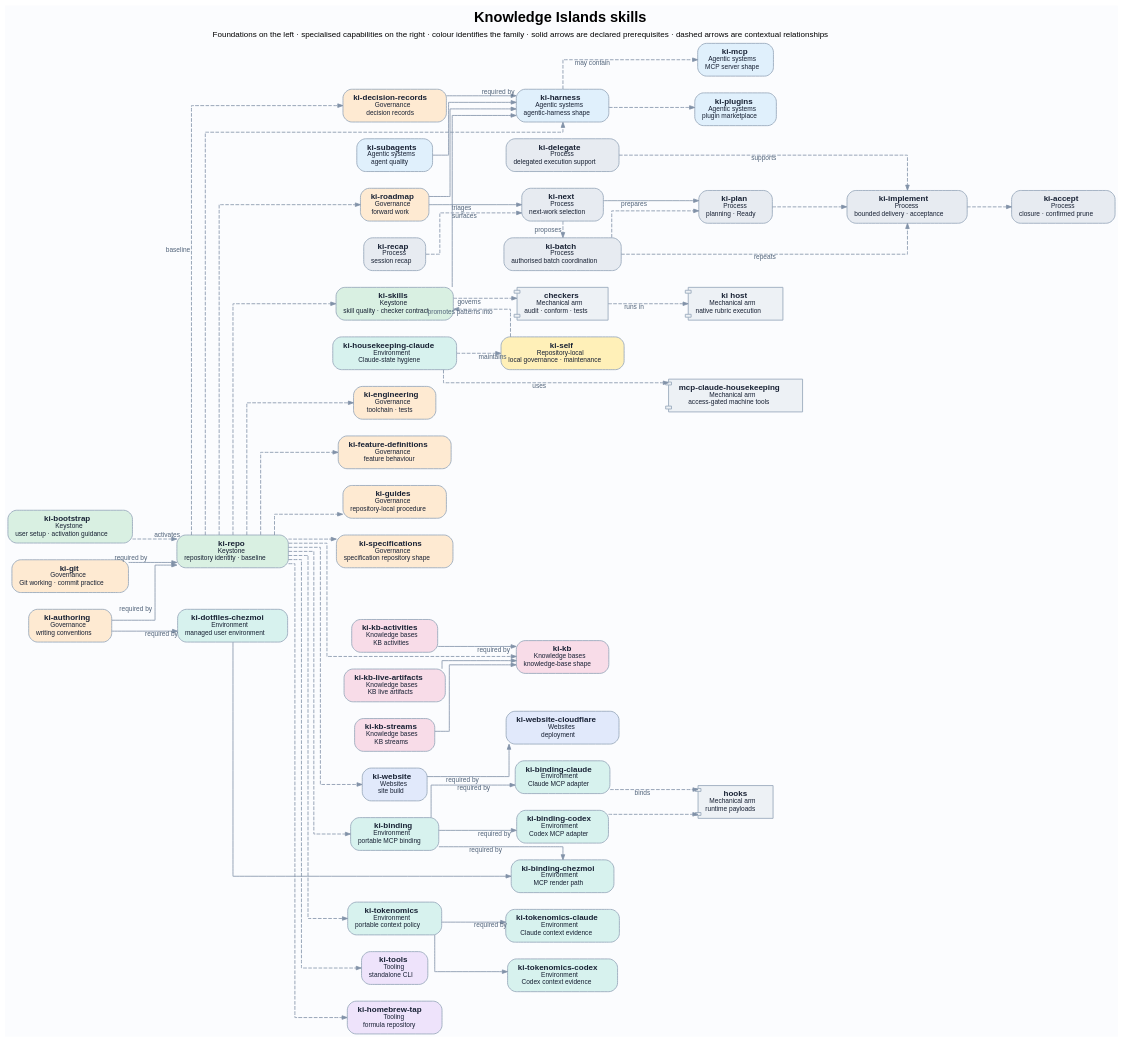
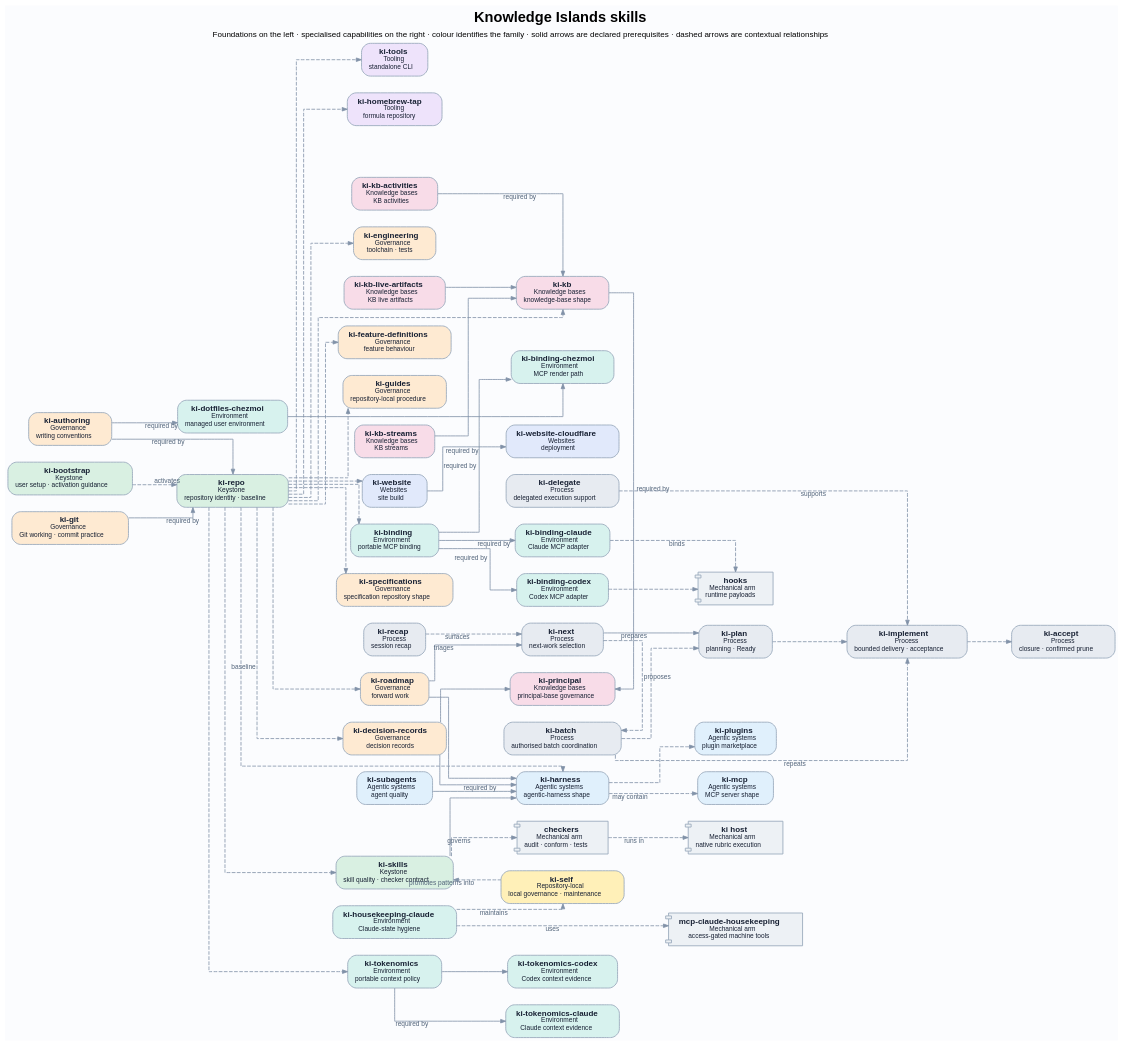
Before and after one commit to knowledgeislands/arcadia-skills: the diagram in docs/diagrams/skills-map.dot, drawn with Graphviz. The commit also changed 10 other files, not shown here.

Commit message:
feat(knowledge): add principal base governance skill

```diff
--- a/docs/diagrams/skills-map.dot
+++ b/docs/diagrams/skills-map.dot
@@ -1,168 +1,171 @@
 // Canonical source for the harness skills map. DOT is authoritative; regenerate
 // skills-map.svg with: dot -Tsvg skills-map.dot -o skills-map.svg
 //
 // Flow is deliberately general-to-specialised, left-to-right. Colour and the
 // second line of each node identify the skill family; clusters would add a
 // competing spatial hierarchy and obscure the dependency flow.
 digraph skills_map {
   graph [
     bgcolor="#fbfcfe"
     fontname="Helvetica"
     fontsize=20
     label=<
       <b>Knowledge Islands skills</b><br/>
       <font point-size="11">Foundations on the left · specialised capabilities on the right · colour identifies the family · solid arrows are declared prerequisites · dashed arrows are contextual relationships</font>
     >
     labelloc=t
     margin=0.25
     nodesep=0.32
     rankdir=LR
     ranksep=0.85
     splines=ortho
   ]
 
   node [
     color="#9aaabd"
     fontcolor="#172033"
     fontname="Helvetica"
     fontsize=11
     margin="0.14,0.1"
     penwidth=1.2
     shape=box
     style="rounded,filled"
   ]
 
   edge [
     arrowsize=0.7
     color="#8192a8"
     fontcolor="#52647a"
     fontname="Helvetica"
     fontsize=9
     penwidth=1.1
   ]
 
   // Foundation and repository roots.
   bootstrap [fillcolor="#d9f0e2", label=< <b>ki-bootstrap</b><br/><font point-size="9">Keystone</font><br/><font point-size="9">user setup · activation guidance</font> >]
   repo [fillcolor="#d9f0e2", label=< <b>ki-repo</b><br/><font point-size="9">Keystone</font><br/><font point-size="9">repository identity · baseline</font> >]
 
   // General standards and shared shapes.
   authoring [fillcolor="#feead2", label=< <b>ki-authoring</b><br/><font point-size="9">Governance</font><br/><font point-size="9">writing conventions</font> >]
   decisions [fillcolor="#feead2", label=< <b>ki-decision-records</b><br/><font point-size="9">Governance</font><br/><font point-size="9">decision records</font> >]
   engineering [fillcolor="#feead2", label=< <b>ki-engineering</b><br/><font point-size="9">Governance</font><br/><font point-size="9">toolchain · tests</font> >]
   features [fillcolor="#feead2", label=< <b>ki-feature-definitions</b><br/><font point-size="9">Governance</font><br/><font point-size="9">feature behaviour</font> >]
   git [fillcolor="#feead2", label=< <b>ki-git</b><br/><font point-size="9">Governance</font><br/><font point-size="9">Git working · commit practice</font> >]
   guides [fillcolor="#feead2", label=< <b>ki-guides</b><br/><font point-size="9">Governance</font><br/><font point-size="9">repository-local procedure</font> >]
   roadmap [fillcolor="#feead2", label=< <b>ki-roadmap</b><br/><font point-size="9">Governance</font><br/><font point-size="9">forward work</font> >]
   specifications [fillcolor="#feead2", label=< <b>ki-specifications</b><br/><font point-size="9">Governance</font><br/><font point-size="9">specification repository shape</font> >]
   skills [fillcolor="#d9f0e2", label=< <b>ki-skills</b><br/><font point-size="9">Keystone</font><br/><font point-size="9">skill quality · checker contract</font> >]
   harness [fillcolor="#e0f0fc", label=< <b>ki-harness</b><br/><font point-size="9">Agentic systems</font><br/><font point-size="9">agentic-harness shape</font> >]
   kb [fillcolor="#f8dce8", label=< <b>ki-kb</b><br/><font point-size="9">Knowledge bases</font><br/><font point-size="9">knowledge-base shape</font> >]
+  principal [fillcolor="#f8dce8", label=< <b>ki-principal</b><br/><font point-size="9">Knowledge bases</font><br/><font point-size="9">principal-base governance</font> >]
   website [fillcolor="#e1e9fb", label=< <b>ki-website</b><br/><font point-size="9">Websites</font><br/><font point-size="9">site build</font> >]
   binding [fillcolor="#d7f2ee", label=< <b>ki-binding</b><br/><font point-size="9">Environment</font><br/><font point-size="9">portable MCP binding</font> >]
   tokenomics [fillcolor="#d7f2ee", label=< <b>ki-tokenomics</b><br/><font point-size="9">Environment</font><br/><font point-size="9">portable context policy</font> >]
   tools [fillcolor="#eee3fb", label=< <b>ki-tools</b><br/><font point-size="9">Tooling</font><br/><font point-size="9">standalone CLI</font> >]
   tap [fillcolor="#eee3fb", label=< <b>ki-homebrew-tap</b><br/><font point-size="9">Tooling</font><br/><font point-size="9">formula repository</font> >]
 
   // Specialisations, process capabilities, and runtime-facing skills.
   agents [fillcolor="#e0f0fc", label=< <b>ki-subagents</b><br/><font point-size="9">Agentic systems</font><br/><font point-size="9">agent quality</font> >]
   mcp [fillcolor="#e0f0fc", label=< <b>ki-mcp</b><br/><font point-size="9">Agentic systems</font><br/><font point-size="9">MCP server shape</font> >]
   plugins [fillcolor="#e0f0fc", label=< <b>ki-plugins</b><br/><font point-size="9">Agentic systems</font><br/><font point-size="9">plugin marketplace</font> >]
   kb_activities [fillcolor="#f8dce8", label=< <b>ki-kb-activities</b><br/><font point-size="9">Knowledge bases</font><br/><font point-size="9">KB activities</font> >]
   kb_artifacts [fillcolor="#f8dce8", label=< <b>ki-kb-live-artifacts</b><br/><font point-size="9">Knowledge bases</font><br/><font point-size="9">KB live artifacts</font> >]
   kb_streams [fillcolor="#f8dce8", label=< <b>ki-kb-streams</b><br/><font point-size="9">Knowledge bases</font><br/><font point-size="9">KB streams</font> >]
   cloudflare [fillcolor="#e1e9fb", label=< <b>ki-website-cloudflare</b><br/><font point-size="9">Websites</font><br/><font point-size="9">deployment</font> >]
   binding_claude [fillcolor="#d7f2ee", label=< <b>ki-binding-claude</b><br/><font point-size="9">Environment</font><br/><font point-size="9">Claude MCP adapter</font> >]
   binding_codex [fillcolor="#d7f2ee", label=< <b>ki-binding-codex</b><br/><font point-size="9">Environment</font><br/><font point-size="9">Codex MCP adapter</font> >]
   binding_chezmoi [fillcolor="#d7f2ee", label=< <b>ki-binding-chezmoi</b><br/><font point-size="9">Environment</font><br/><font point-size="9">MCP render path</font> >]
   dotfiles [fillcolor="#d7f2ee", label=< <b>ki-dotfiles-chezmoi</b><br/><font point-size="9">Environment</font><br/><font point-size="9">managed user environment</font> >]
   housekeeping_claude [fillcolor="#d7f2ee", label=< <b>ki-housekeeping-claude</b><br/><font point-size="9">Environment</font><br/><font point-size="9">Claude-state hygiene</font> >]
   tokenomics_claude [fillcolor="#d7f2ee", label=< <b>ki-tokenomics-claude</b><br/><font point-size="9">Environment</font><br/><font point-size="9">Claude context evidence</font> >]
   tokenomics_codex [fillcolor="#d7f2ee", label=< <b>ki-tokenomics-codex</b><br/><font point-size="9">Environment</font><br/><font point-size="9">Codex context evidence</font> >]
   accept [fillcolor="#e7ebf1", label=< <b>ki-accept</b><br/><font point-size="9">Process</font><br/><font point-size="9">closure · confirmed prune</font> >]
   batch [fillcolor="#e7ebf1", label=< <b>ki-batch</b><br/><font point-size="9">Process</font><br/><font point-size="9">authorised batch coordination</font> >]
   delegate [fillcolor="#e7ebf1", label=< <b>ki-delegate</b><br/><font point-size="9">Process</font><br/><font point-size="9">delegated execution support</font> >]
   implement [fillcolor="#e7ebf1", label=< <b>ki-implement</b><br/><font point-size="9">Process</font><br/><font point-size="9">bounded delivery · acceptance</font> >]
   next [fillcolor="#e7ebf1", label=< <b>ki-next</b><br/><font point-size="9">Process</font><br/><font point-size="9">next-work selection</font> >]
   plan [fillcolor="#e7ebf1", label=< <b>ki-plan</b><br/><font point-size="9">Process</font><br/><font point-size="9">planning · Ready</font> >]
   recap [fillcolor="#e7ebf1", label=< <b>ki-recap</b><br/><font point-size="9">Process</font><br/><font point-size="9">session recap</font> >]
   self [fillcolor="#fff0b8", label=< <b>ki-self</b><br/><font point-size="9">Repository-local</font><br/><font point-size="9">local governance · maintenance</font> >]
 
   // The runtime arms are deliberately visibly secondary: they are not skills.
   checkers [fillcolor="#edf1f5", label=< <b>checkers</b><br/><font point-size="9">Mechanical arm</font><br/><font point-size="9">audit · conform · tests</font> >, shape=component]
   native_host [fillcolor="#edf1f5", label=< <b>ki host</b><br/><font point-size="9">Mechanical arm</font><br/><font point-size="9">native rubric execution</font> >, shape=component]
   mcp_housekeeping [fillcolor="#edf1f5", label=< <b>mcp-claude-housekeeping</b><br/><font point-size="9">Mechanical arm</font><br/><font point-size="9">access-gated machine tools</font> >, shape=component]
   hooks [fillcolor="#edf1f5", label=< <b>hooks</b><br/><font point-size="9">Mechanical arm</font><br/><font point-size="9">runtime payloads</font> >, shape=component]
 
   // Left-to-right layers follow declared prerequisite order where an edge has
   // one. Contextual links may deliberately point across the flow.
   { rank=same; bootstrap; authoring; git }
   { rank=same; repo; dotfiles }
   { rank=same; decisions; engineering; features; guides; roadmap; specifications; skills; agents; kb_activities; kb_artifacts; kb_streams; website; binding; tokenomics; tools; tap; housekeeping_claude; recap }
-  { rank=same; harness; kb; cloudflare; binding_claude; binding_codex; binding_chezmoi; tokenomics_claude; tokenomics_codex; delegate; next; batch; self; checkers }
+  { rank=same; harness; kb; principal; cloudflare; binding_claude; binding_codex; binding_chezmoi; tokenomics_claude; tokenomics_codex; delegate; next; batch; self; checkers }
   { rank=same; mcp; plugins; plan; native_host; mcp_housekeeping; hooks }
   { rank=same; implement }
   { rank=same; accept }
 
   // Formal composition edges: a solid arrow points from the prerequisite to
   // the skill that declares it in `ki-depends-on:`. Dashed links below express
   // activation, coverage, workflow, or other contextual relationships.
   authoring -> repo [xlabel="required by"]
   git -> repo [xlabel="required by"]
   authoring -> dotfiles [xlabel="required by"]
   binding -> binding_claude [xlabel="required by"]
   binding -> binding_codex [xlabel="required by"]
   binding -> binding_chezmoi [xlabel="required by"]
   dotfiles -> binding_chezmoi
   tokenomics -> tokenomics_claude [xlabel="required by"]
   tokenomics -> tokenomics_codex
   website -> cloudflare [xlabel="required by"]
   kb_activities -> kb [xlabel="required by"]
   kb_artifacts -> kb
   kb_streams -> kb
+  kb -> principal [xlabel="required by"]
+  decisions -> principal
   decisions -> harness [xlabel="required by"]
   roadmap -> harness
   skills -> harness
   agents -> harness
 
   bootstrap -> repo [xlabel="activates", style=dashed]
 
   // Repository baseline: these skills establish a repository's shared contract.
   repo -> decisions [xlabel="baseline", style=dashed]
   repo -> engineering [style=dashed]
   repo -> features [style=dashed]
   repo -> guides [style=dashed]
   repo -> roadmap [style=dashed]
   repo -> specifications [style=dashed]
   repo -> skills [style=dashed]
   repo -> harness [style=dashed]
   repo -> kb [style=dashed]
   repo -> website [style=dashed]
   repo -> binding [style=dashed]
   repo -> tokenomics [style=dashed]
   repo -> tools [style=dashed]
   repo -> tap [style=dashed]
 
   // Shape and capability specialisation.
   harness -> mcp [xlabel="may contain", style=dashed]
   harness -> plugins [style=dashed]
 
   // Process and local-governance relationships.
   roadmap -> next [xlabel="triages"]
   next -> plan [xlabel="prepares"]
   recap -> next [xlabel="surfaces", style=dashed]
   next -> batch [xlabel="proposes", style=dashed]
   batch -> plan [style=dashed]
   plan -> implement [style=dashed]
   batch -> implement [xlabel="repeats", style=dashed]
   delegate -> implement [xlabel="supports", style=dashed]
   implement -> accept [style=dashed]
   self -> skills [xlabel="promotes patterns into", style=dashed]
   housekeeping_claude -> self [xlabel="maintains", style=dashed]
 
   // Hosted runtime relationships.
   skills -> checkers [xlabel="governs", style=dashed]
   checkers -> native_host [xlabel="runs in", style=dashed]
   housekeeping_claude -> mcp_housekeeping [xlabel="uses", style=dashed]
   binding_claude -> hooks [xlabel="binds", style=dashed]
   binding_codex -> hooks [style=dashed]
 }
```
